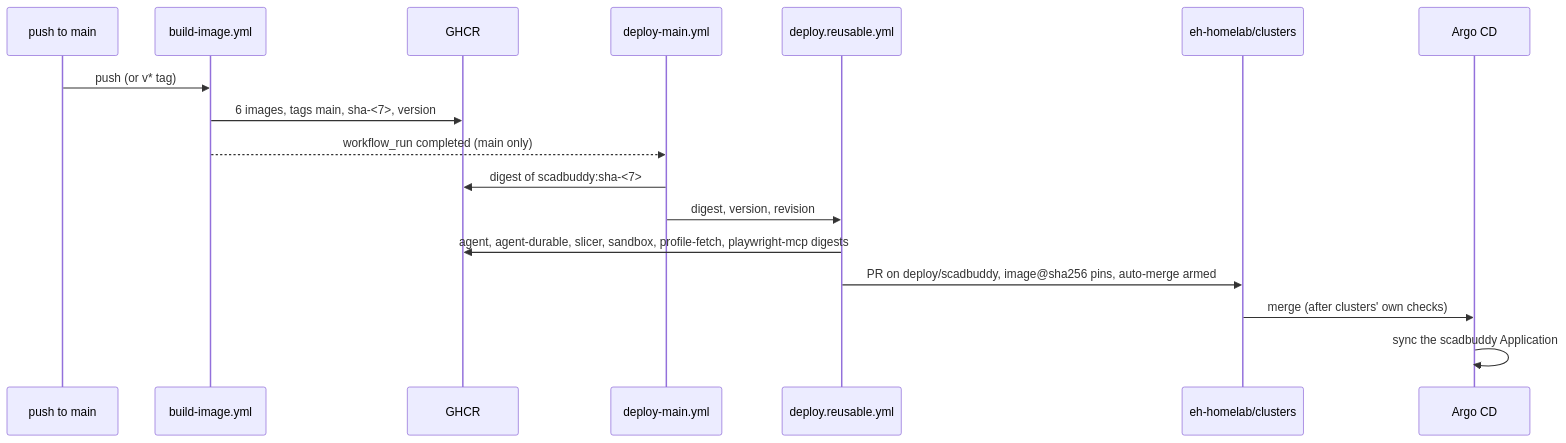
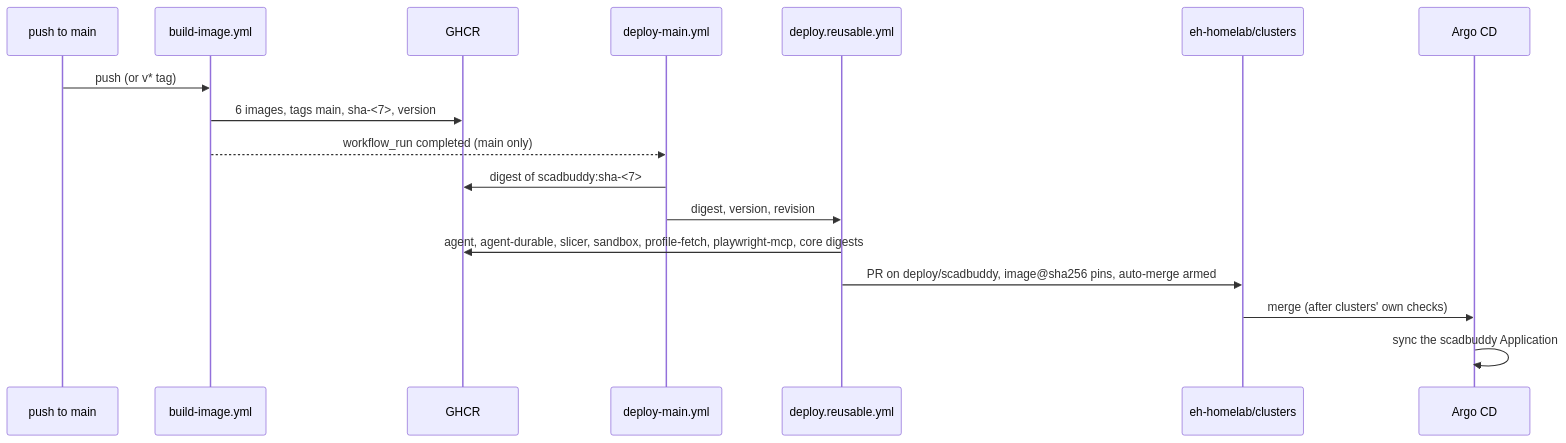
Before and after one commit to eh-homelab/ScadBuddy: the diagram in docs/architecture/ci-and-deploy.md, drawn with Mermaid. The commit also changed other lines of this file and 7 other files, not shown here.

````diff
--- a/docs/architecture/ci-and-deploy.md
+++ b/docs/architecture/ci-and-deploy.md
@@ -37,19 +40,19 @@
 ```mermaid
 sequenceDiagram
     participant Main as push to main
     participant BI as build-image.yml
     participant GHCR
     participant DM as deploy-main.yml
     participant DR as deploy.reusable.yml
     participant CL as eh-homelab/clusters
     participant Argo as Argo CD
     Main->>BI: push (or v* tag)
     BI->>GHCR: 6 images, tags main, sha-<7>, version
     BI-->>DM: workflow_run completed (main only)
     DM->>GHCR: digest of scadbuddy:sha-<7>
     DM->>DR: digest, version, revision
-    DR->>GHCR: agent, agent-durable, slicer, sandbox, profile-fetch, playwright-mcp digests
+    DR->>GHCR: agent, agent-durable, slicer, sandbox, profile-fetch, playwright-mcp, core digests
     DR->>CL: PR on deploy/scadbuddy, image@sha256 pins, auto-merge armed
     CL->>Argo: merge (after clusters' own checks)
     Argo->>Argo: sync the scadbuddy Application
 ```
````
